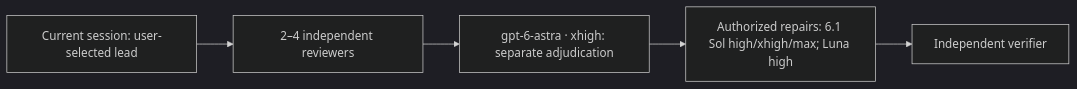
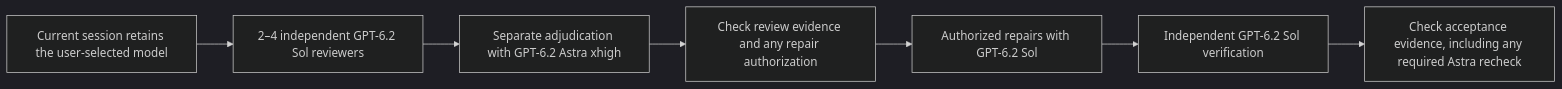
Before and after one commit to chips-lxm/deep-project-review: the diagram in README.md, drawn with Mermaid (dark theme). The commit also changed other lines of this file and 13 other files, not shown here.

Commit message:
Upgrade GPT-6.2 review models and gate workflow evidence

````diff
--- a/README.md
+++ b/README.md
@@ -7,7 +7,9 @@
 ```mermaid
 flowchart LR
-  L["Current session: user-selected lead"] --> R["2–4 independent reviewers"]
-  R --> A["gpt-6-astra · xhigh: separate adjudication"]
-  A --> F["Authorized repairs: 6.1 Sol high/xhigh/max; Luna high"]
-  F --> V["Independent verifier"]
+  L["Current session retains the user-selected model"] --> R["2–4 independent GPT-6.2 Sol reviewers"]
+  R --> A["Separate adjudication with GPT-6.2 Astra xhigh"]
+  A --> G["Check review evidence and any repair authorization"]
+  G --> F["Authorized repairs with GPT-6.2 Sol"]
+  F --> V["Independent GPT-6.2 Sol verification"]
+  V --> E["Check acceptance evidence, including any required Astra recheck"]
 ```
````
